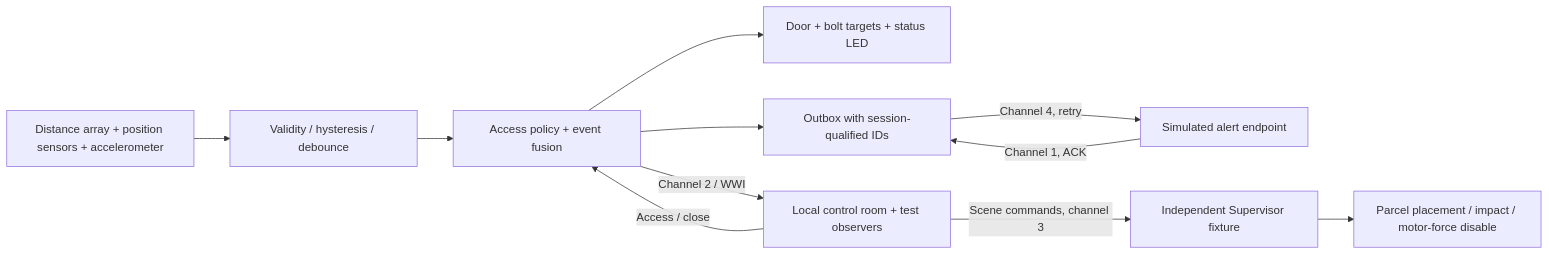
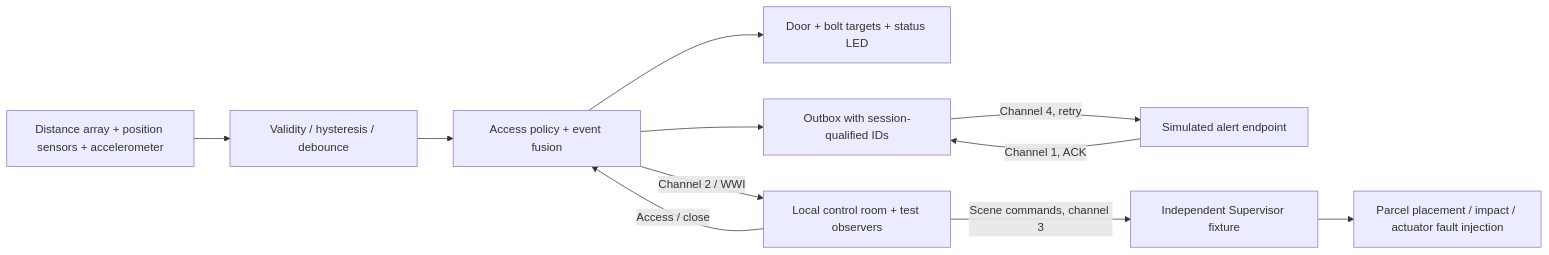
One commit to joejimenez-lab/parcel-guard-webots changed the first of 2 diagrams in DESIGN.md. Above: the diagram before and after it, drawn with Mermaid. The commit also changed other lines of this file and 74 other files, not shown here.

````diff
--- a/DESIGN.md
+++ b/DESIGN.md
@@ -5,13 +5,13 @@
 ```mermaid
 flowchart LR
     A[Distance array + position sensors + accelerometer] --> B[Validity / hysteresis / debounce]
     B --> C[Access policy + event fusion]
     C --> D[Door + bolt targets + status LED]
     C --> E[Outbox with session-qualified IDs]
     E -->|Channel 4, retry| F[Simulated alert endpoint]
     F -->|Channel 1, ACK| E
     C -->|Channel 2 / WWI| G[Local control room + test observers]
     G -->|Access / close| C
     G -->|Scene commands, channel 3| H[Independent Supervisor fixture]
-    H --> I[Parcel placement / impact / motor-force disable]
+    H --> I[Parcel placement / impact / actuator fault injection]
 ```
````
